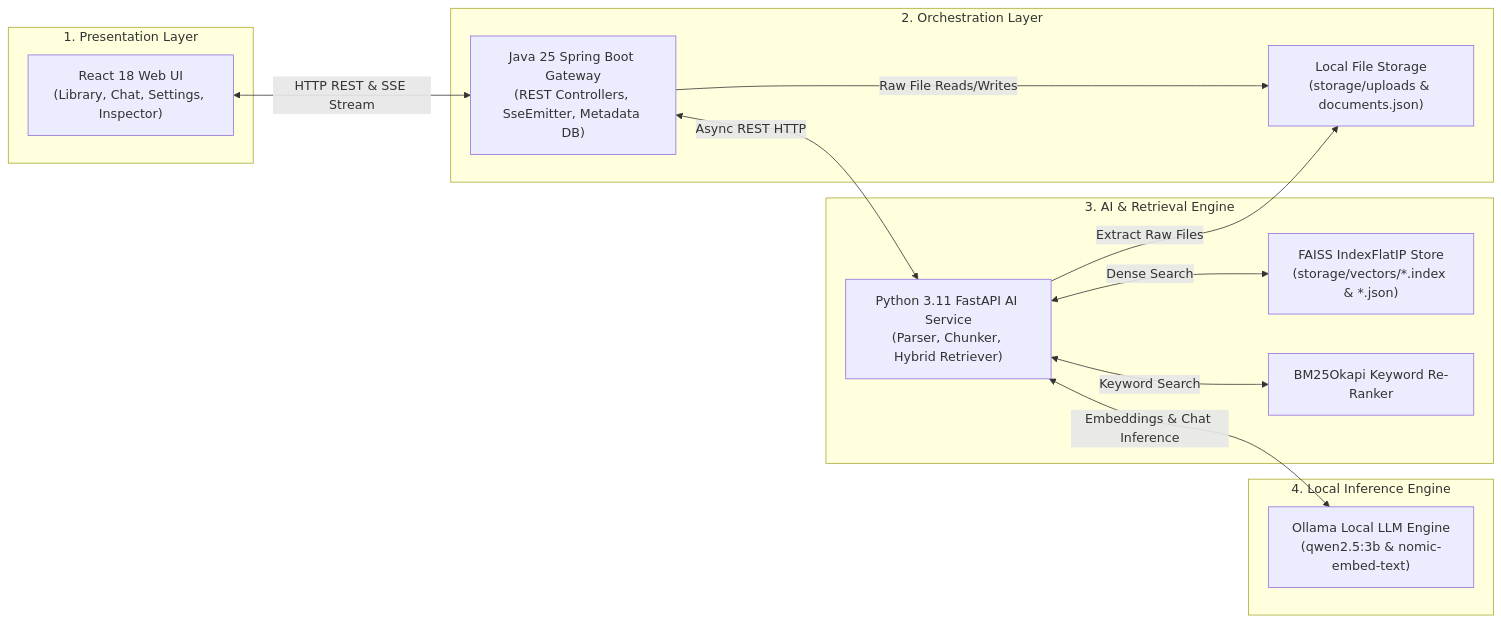
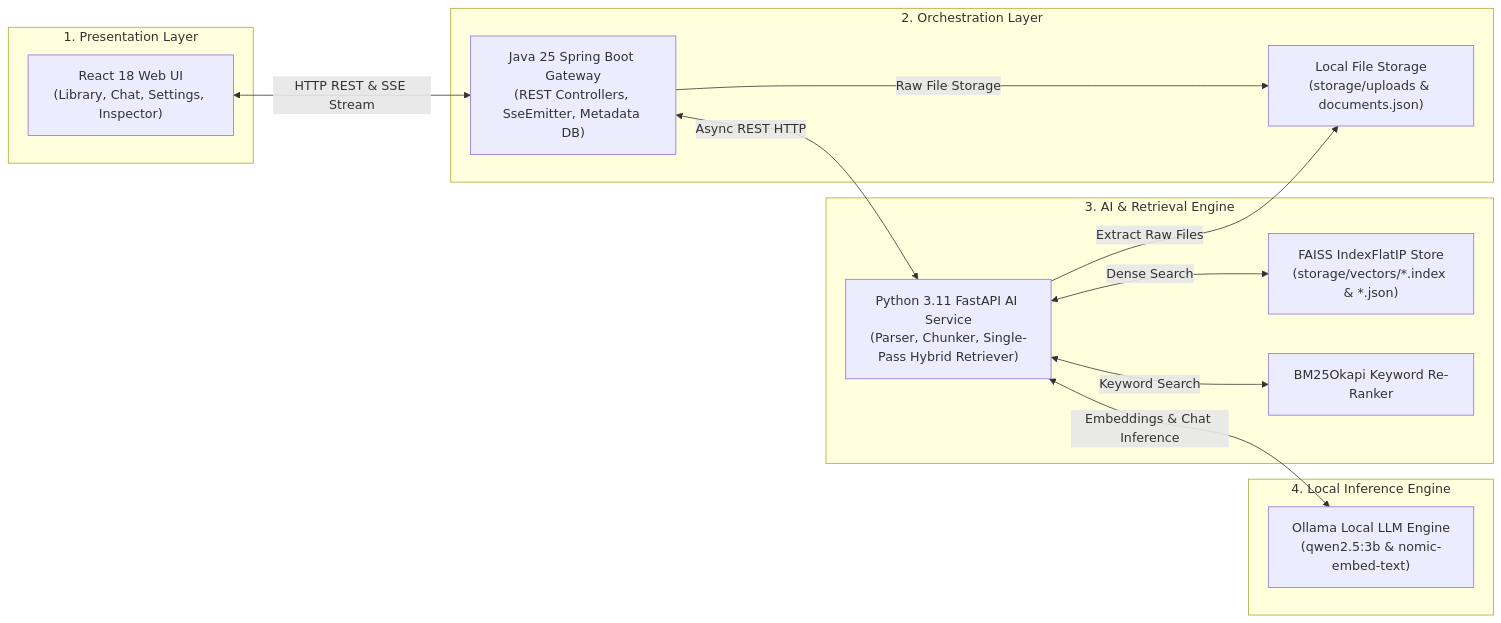
One commit to hanessn1/canary changed the diagram in docs/ARCHITECTURE.md. Above: the diagram before and after it, drawn with Mermaid. The commit also changed other lines of this file and 3 other files, not shown here.

First line of the commit message:
docs: add numbered vector SVG architecture and RAG flow diagrams

````diff
--- a/docs/ARCHITECTURE.md
+++ b/docs/ARCHITECTURE.md
@@ -7,29 +39,29 @@
 ```mermaid
 graph LR
     subgraph ClientLayer ["1. Presentation Layer"]
         ReactUI["React 18 Web UI<br/>(Library, Chat, Settings, Inspector)"]
     end
 
     subgraph BackendLayer ["2. Orchestration Layer"]
         SpringBoot["Java 25 Spring Boot Gateway<br/>(REST Controllers, SseEmitter, Metadata DB)"]
         LocalStorage["Local File Storage<br/>(storage/uploads & documents.json)"]
     end
 
     subgraph AILayer ["3. AI & Retrieval Engine"]
-        FastAPI["Python 3.11 FastAPI AI Service<br/>(Parser, Chunker, Hybrid Retriever)"]
+        FastAPI["Python 3.11 FastAPI AI Service<br/>(Parser, Chunker, Single-Pass Hybrid Retriever)"]
         FAISS["FAISS IndexFlatIP Store<br/>(storage/vectors/*.index & *.json)"]
         BM25["BM25Okapi Keyword Re-Ranker"]
     end
 
     subgraph LLMLayer ["4. Local Inference Engine"]
         Ollama["Ollama Local LLM Engine<br/>(qwen2.5:3b & nomic-embed-text)"]
     end
 
     ReactUI <-->|HTTP REST & SSE Stream| SpringBoot
     SpringBoot <-->|Async REST HTTP| FastAPI
-    SpringBoot -->|Raw File Reads/Writes| LocalStorage
+    SpringBoot -->|Raw File Storage| LocalStorage
     FastAPI -->|Extract Raw Files| LocalStorage
     FastAPI <-->|Dense Search| FAISS
     FastAPI <-->|Keyword Search| BM25
     FastAPI <-->|Embeddings & Chat Inference| Ollama
 ```
````
